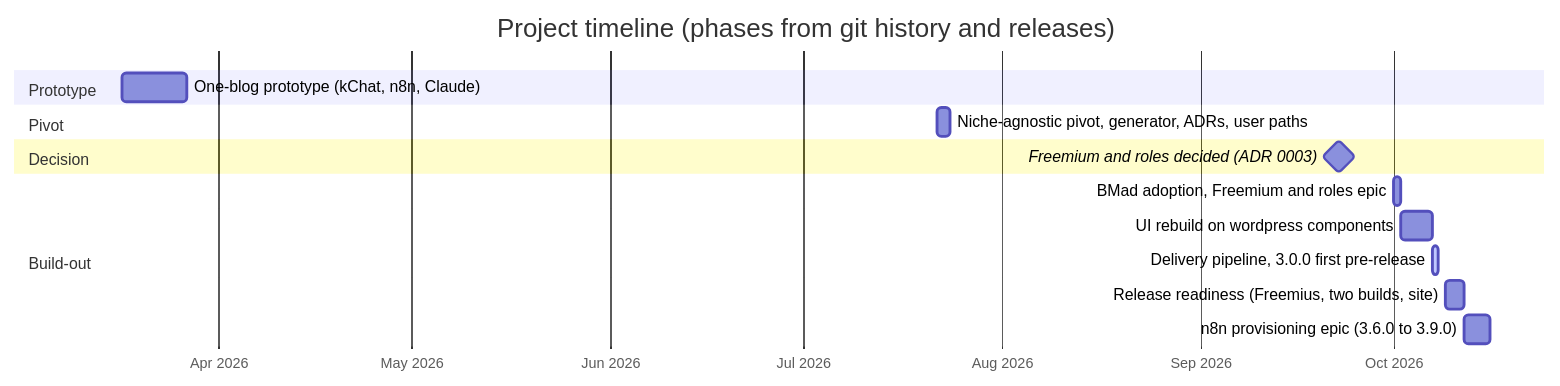
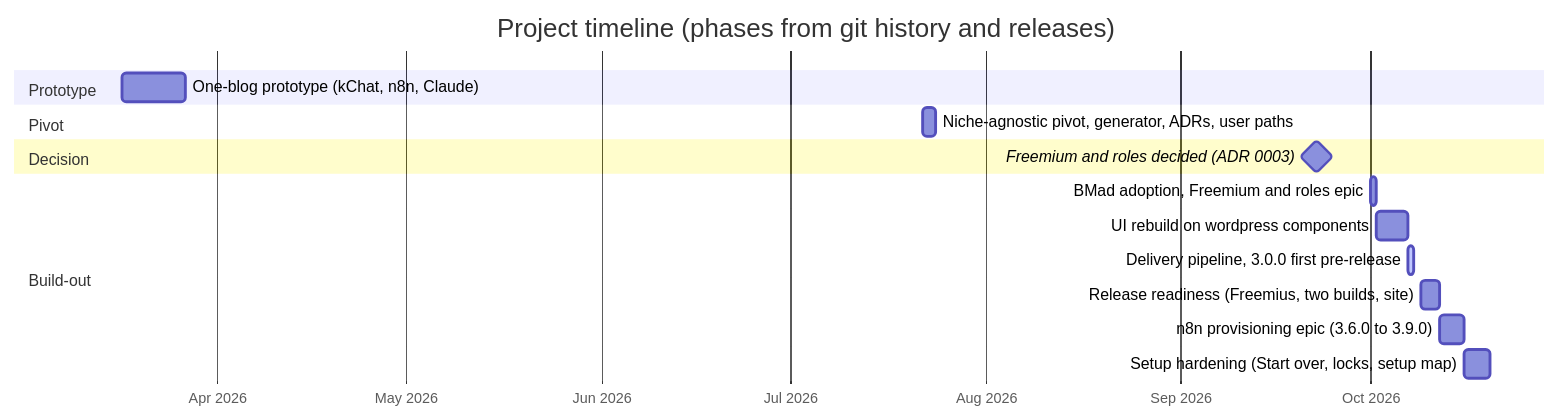
The second of 7 diagrams in PORTFOLIO.md (vincentheimann/post-quality-manager), drawn with Mermaid before and after one commit. The commit also changed other lines of this file, not shown here.

````diff
--- a/PORTFOLIO.md
+++ b/PORTFOLIO.md
@@ -77,18 +134,19 @@
 ```mermaid
 gantt
     title Project timeline (phases from git history and releases)
     dateFormat YYYY-MM-DD
     axisFormat %b %Y
     section Prototype
     One-blog prototype (kChat, n8n, Claude)        :p0, 2026-03-17, 2026-03-27
     section Pivot
     Niche-agnostic pivot, generator, ADRs, user paths :p1, 2026-07-22, 2026-07-24
     section Decision
     Freemium and roles decided (ADR 0003)          :milestone, m1, 2026-09-22, 1d
     section Build-out
     BMad adoption, Freemium and roles epic         :p2, 2026-10-01, 2026-10-02
     UI rebuild on wordpress components             :p3, 2026-10-02, 2026-10-07
     Delivery pipeline, 3.0.0 first pre-release     :active, p4, 2026-10-07, 2026-10-08
     Release readiness (Freemius, two builds, site) :p5, 2026-10-09, 2026-10-12
     n8n provisioning epic (3.6.0 to 3.9.0)         :p6, 2026-10-12, 2026-10-16
+    Setup hardening (Start over, locks, setup map) :p7, 2026-10-16, 2026-10-20
 ```
````
